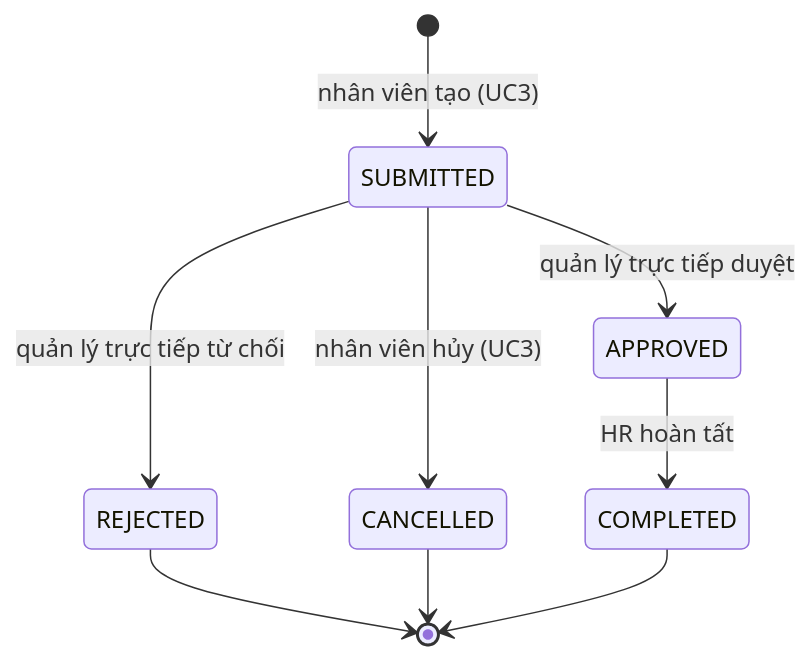
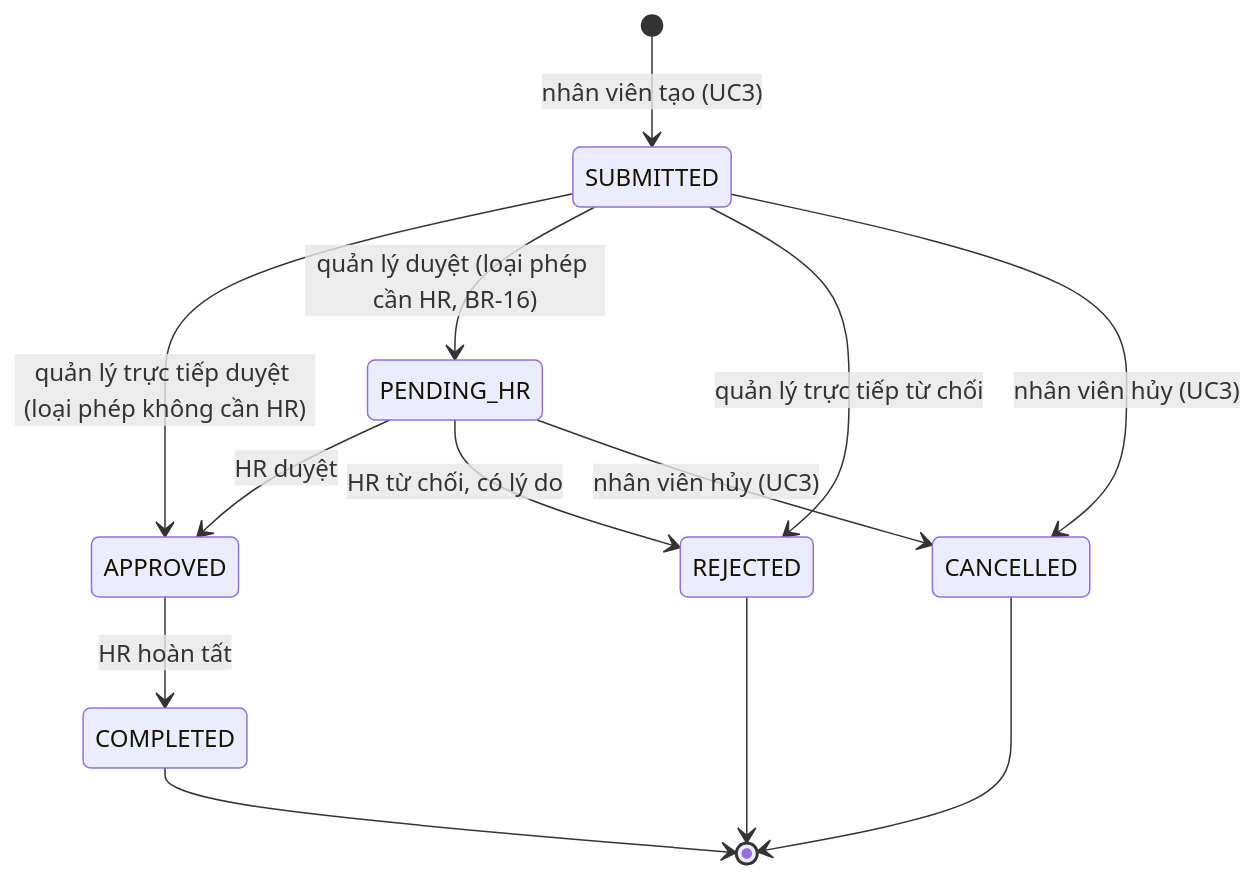
Before and after one commit to Acerchicken/HR-Enterprise-Platform: the diagram in docs/features/UC4-approve-leave-request/spec.md, drawn with Mermaid. The commit also changed other lines of this file and 9 other files, not shown here.

````diff
--- a/docs/features/UC4-approve-leave-request/spec.md
+++ b/docs/features/UC4-approve-leave-request/spec.md
@@ -47,11 +48,15 @@
 ```mermaid
 stateDiagram-v2
   [*] --> SUBMITTED: nhân viên tạo (UC3)
-  SUBMITTED --> APPROVED: quản lý trực tiếp duyệt
+  SUBMITTED --> APPROVED: quản lý trực tiếp duyệt (loại phép không cần HR)
+  SUBMITTED --> PENDING_HR: quản lý duyệt (loại phép cần HR, BR-16)
+  PENDING_HR --> APPROVED: HR duyệt
+  PENDING_HR --> REJECTED: HR từ chối, có lý do
+  PENDING_HR --> CANCELLED: nhân viên hủy (UC3)
   SUBMITTED --> REJECTED: quản lý trực tiếp từ chối
   SUBMITTED --> CANCELLED: nhân viên hủy (UC3)
   APPROVED --> COMPLETED: HR hoàn tất
   REJECTED --> [*]
   CANCELLED --> [*]
   COMPLETED --> [*]
 ```
````
